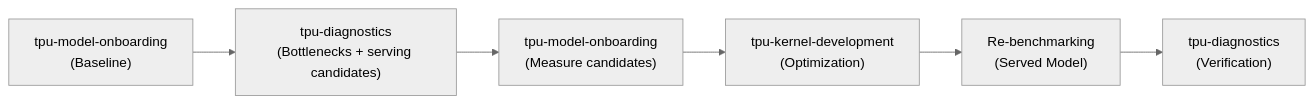
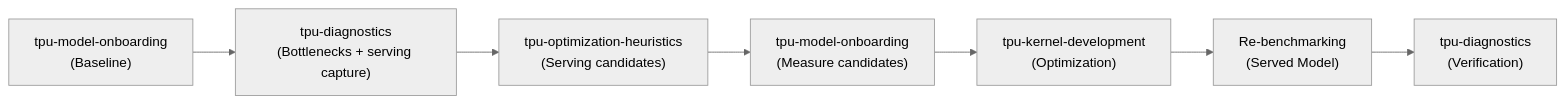
The diagram in package/skills/tpu-agent/SKILL.md (google-pytorch/tpu-agent-suite), drawn with Mermaid (neutral theme) before and after one commit. The commit also changed other lines of this file and 16 other files, not shown here.

Commit message:
[optimization-heuristics] Make the serving heuristics a standalone agent; tpu-diagnostics measures only

````diff
--- a/package/skills/tpu-agent/SKILL.md
+++ b/package/skills/tpu-agent/SKILL.md
@@ -51,8 +52,9 @@
 ```mermaid
 flowchart LR
-    A["tpu-model-onboarding<br/>(Baseline)"] --> B["tpu-diagnostics<br/>(Bottlenecks + serving candidates)"]
-    B --> S["tpu-model-onboarding<br/>(Measure candidates)"]
+    A["tpu-model-onboarding<br/>(Baseline)"] --> B["tpu-diagnostics<br/>(Bottlenecks + serving capture)"]
+    B --> H["tpu-optimization-heuristics<br/>(Serving candidates)"]
+    H --> S["tpu-model-onboarding<br/>(Measure candidates)"]
     S --> C["tpu-kernel-development<br/>(Optimization)"]
     C --> D["Re-benchmarking<br/>(Served Model)"]
     D --> E["tpu-diagnostics<br/>(Verification)"]
 ```
````
